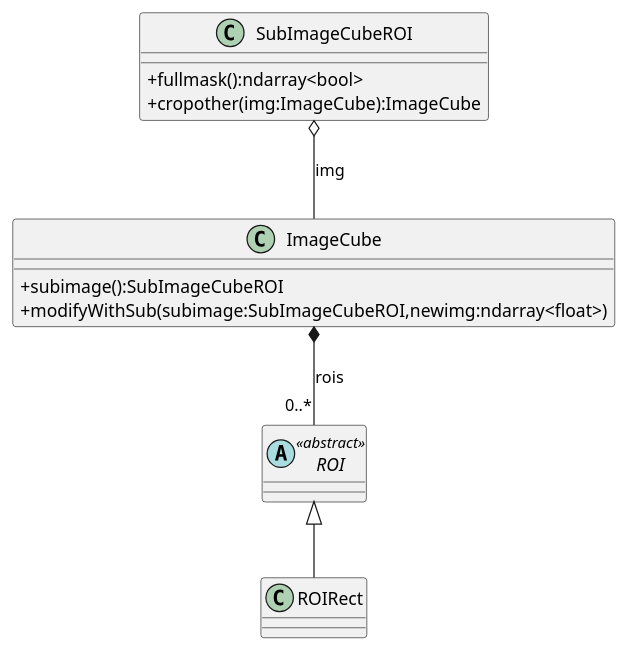
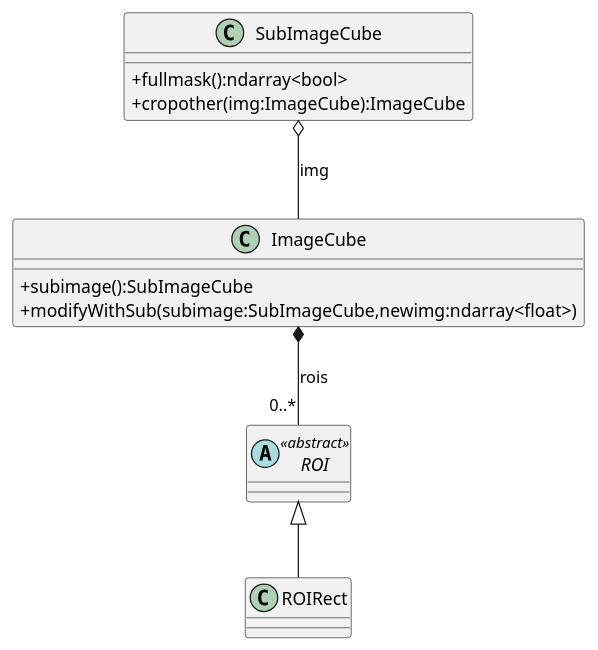
Before and after one commit to AU-ExoMars/PCOT: the diagram in docs/roi.plantuml, drawn with PlantUML. The commit also changed 6 other files, not shown here.

Commit message:
completed rename of SubImageCubeROI to SubImageCube, added a few docs.

```diff
--- a/docs/roi.plantuml
+++ b/docs/roi.plantuml
@@ -1,28 +1,28 @@
 @startuml
 skinparam classAttributeIconSize 0
 
 abstract class ROI <<abstract>> {
 }
 
 class ROIRect extends ROI {
 }
 
-class SubImageCubeROI {
+class SubImageCube {
     +fullmask():ndarray<bool>
     +cropother(img:ImageCube):ImageCube
     
 }
 
-SubImageCubeROI o-- ImageCube:img
+SubImageCube o-- ImageCube:img
 
 class ImageCube {
-    +subimage():SubImageCubeROI
-    +modifyWithSub(subimage:SubImageCubeROI,newimg:ndarray<float>)
+    +subimage():SubImageCube
+    +modifyWithSub(subimage:SubImageCube,newimg:ndarray<float>)
 }
 
 ImageCube *-- "0..*" ROI : rois
 
 
 
 
 @enduml
```
